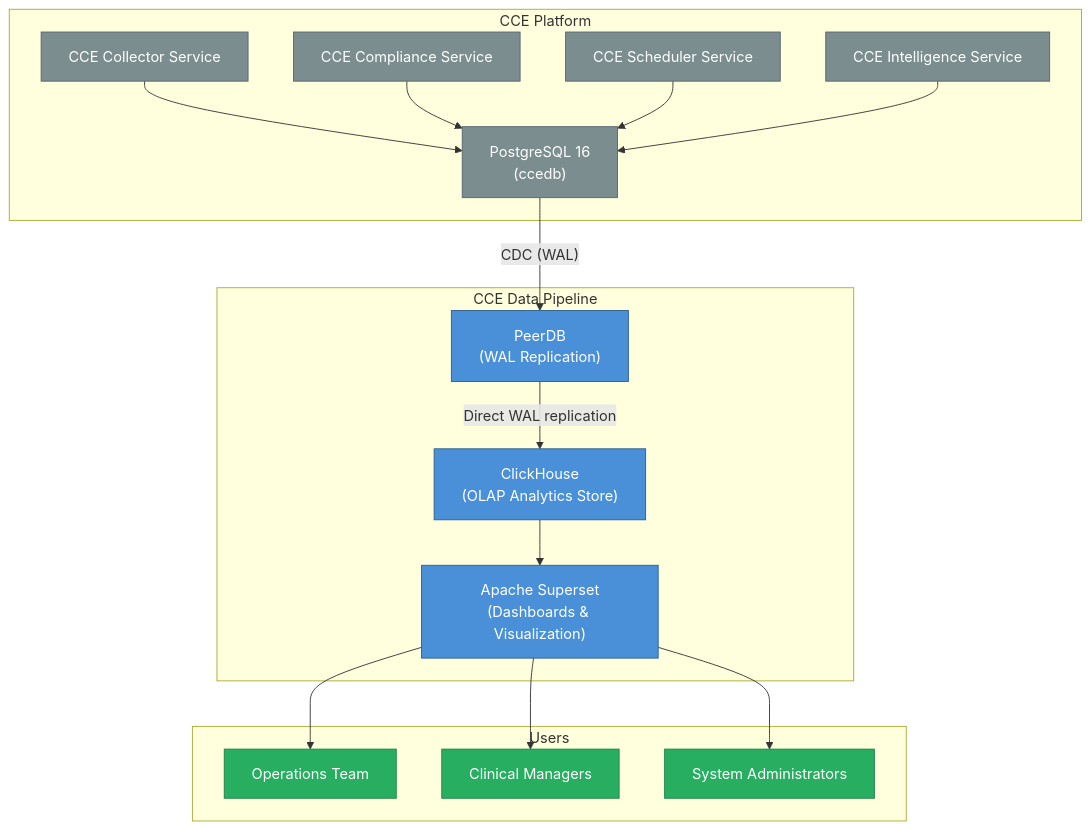
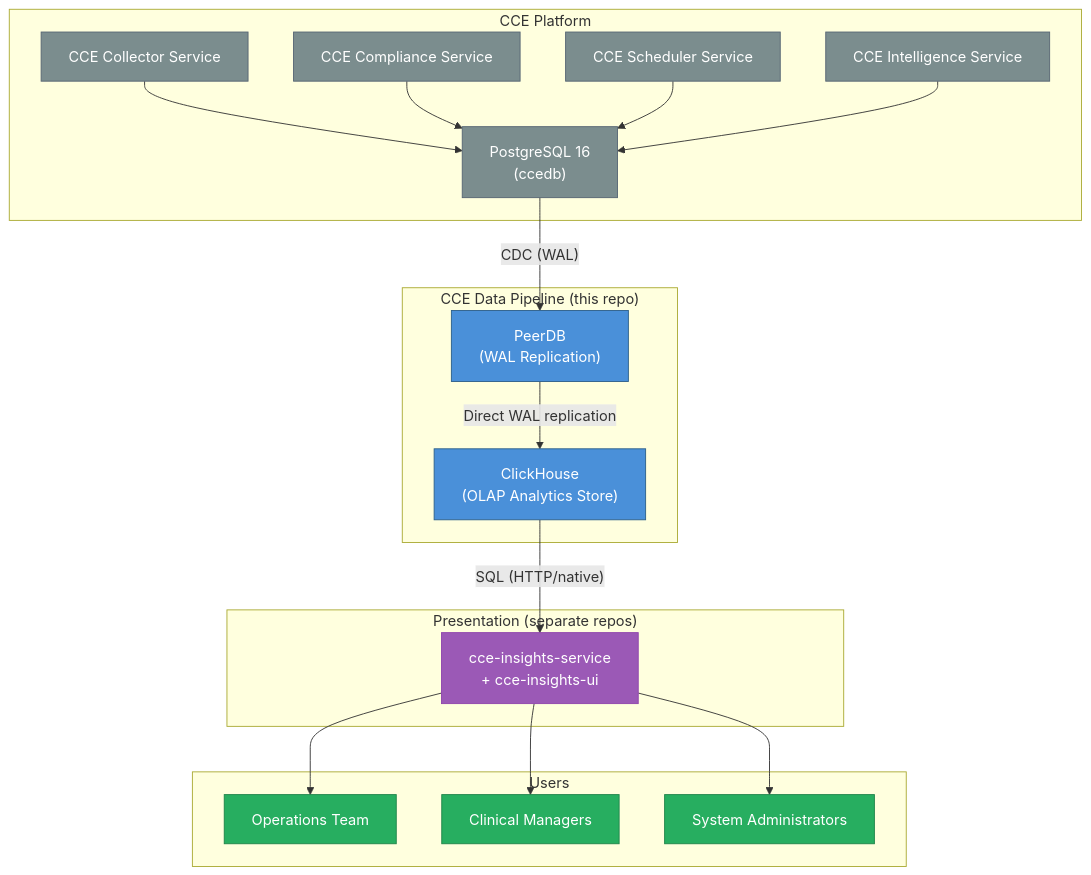
One commit to Jayaprakash8887/cce-data-pipeline changed the first of 2 diagrams in docs/architecture-overview.md. Above: the diagram before and after it, drawn with Mermaid. The commit also changed other lines of this file and 36 other files, not shown here.

````diff
--- a/docs/architecture-overview.md
+++ b/docs/architecture-overview.md
@@ -5,43 +5,48 @@
 ```mermaid
 graph TB
     subgraph Existing["CCE Platform"]
         COLLECTOR["CCE Collector Service"]
         COMPLIANCE["CCE Compliance Service"]
         SCHEDULER["CCE Scheduler Service"]
         INTELLIGENCE["CCE Intelligence Service"]
         PG["PostgreSQL 16<br/>(ccedb)"]
     end
 
-    subgraph Pipeline["CCE Data Pipeline"]
+    subgraph Pipeline["CCE Data Pipeline (this repo)"]
         PEERDB["PeerDB<br/>(WAL Replication)"]
         CLICKHOUSE["ClickHouse<br/>(OLAP Analytics Store)"]
-        SUPERSET["Apache Superset<br/>(Dashboards & Visualization)"]
+    end
+
+    subgraph Presentation["Presentation (separate repos)"]
+        INSIGHTS["cce-insights-service<br/>+ cce-insights-ui"]
     end
 
     subgraph Users
         OPS["Operations Team"]
         CLINICAL["Clinical Managers"]
         ADMIN["System Administrators"]
     end
 
     COLLECTOR --> PG
     COMPLIANCE --> PG
     SCHEDULER --> PG
     INTELLIGENCE --> PG
 
     PG -->|"CDC (WAL)"| PEERDB
     PEERDB -->|"Direct WAL replication"| CLICKHOUSE
-    CLICKHOUSE --> SUPERSET
+    CLICKHOUSE -->|"SQL (HTTP/native)"| INSIGHTS
 
-    SUPERSET --> OPS
-    SUPERSET --> CLINICAL
-    SUPERSET --> ADMIN
+    INSIGHTS --> OPS
+    INSIGHTS --> CLINICAL
+    INSIGHTS --> ADMIN
 
     classDef existing fill:#7B8D8E,stroke:#566573,color:white
     classDef pipeline fill:#4A90D9,stroke:#2C5F8A,color:white
+    classDef presentation fill:#9B59B6,stroke:#8E44AD,color:white
     classDef users fill:#27AE60,stroke:#1E8449,color:white
 
     class COLLECTOR,COMPLIANCE,SCHEDULER,INTELLIGENCE,PG existing
-    class PEERDB,CLICKHOUSE,SUPERSET pipeline
+    class PEERDB,CLICKHOUSE pipeline
+    class INSIGHTS presentation
     class OPS,CLINICAL,ADMIN users
 ```
````
